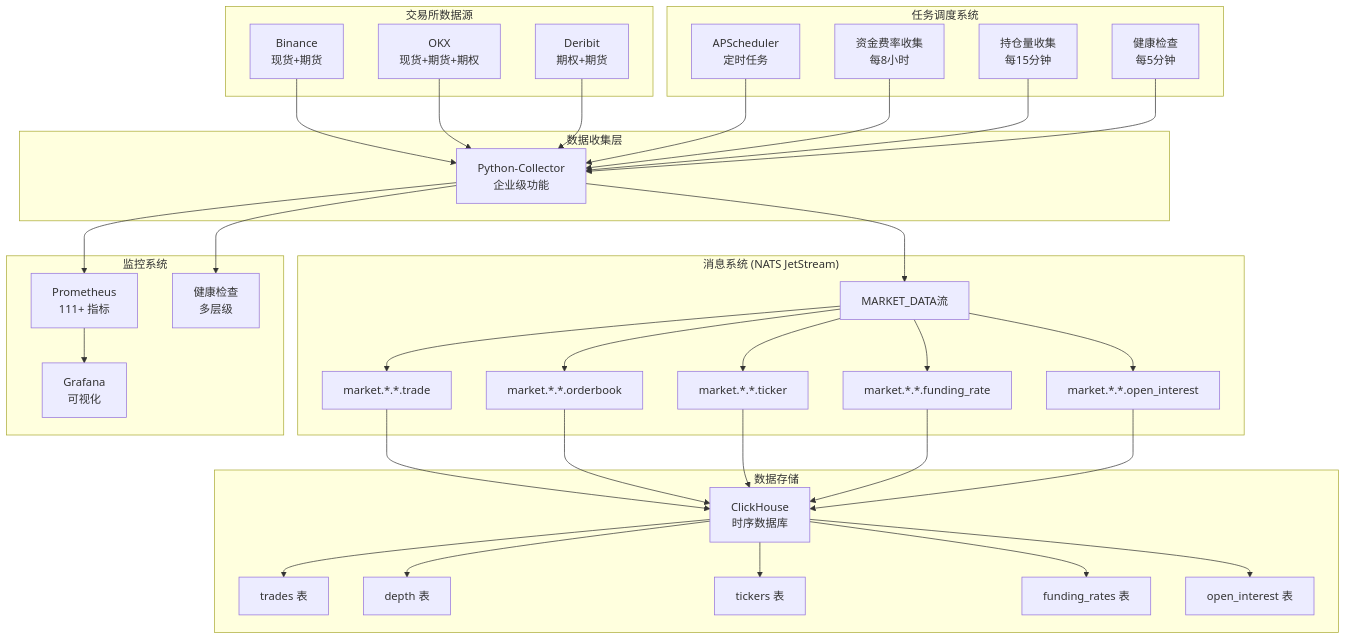
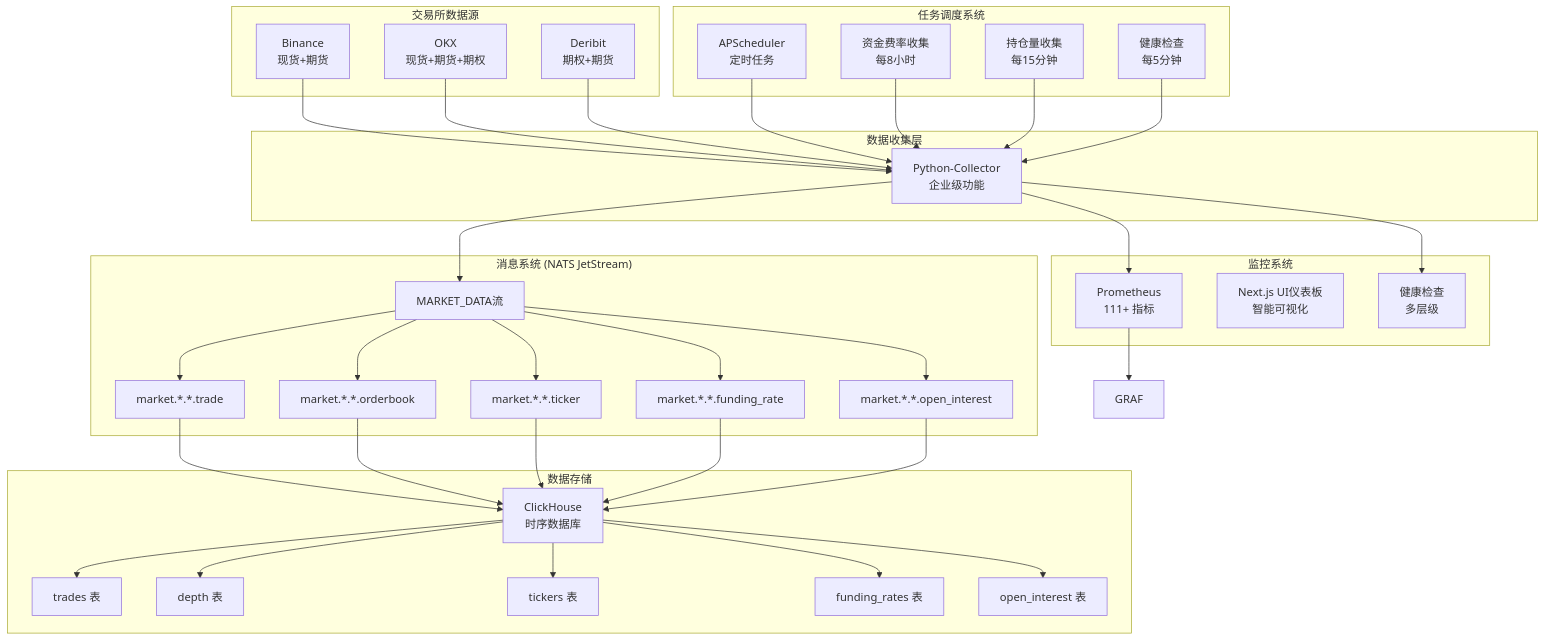
One commit to MNS-Vic/marketprism changed the diagram in docs/architecture/overview.md. Above: the diagram before and after it, drawn with Mermaid. The commit also changed other lines of this file and 238 other files, not shown here.

```diff
--- a/docs/architecture/overview.md
+++ b/docs/architecture/overview.md
@@ -55,7 +55,7 @@
     %% 监控系统
     subgraph "监控系统"
         PROM[Prometheus<br/>111+ 指标]
-        GRAF[Grafana<br/>可视化]
+        UI[Next.js UI仪表板<br/>智能可视化]
         HEALTH[健康检查<br/>多层级]
     end
     
```
